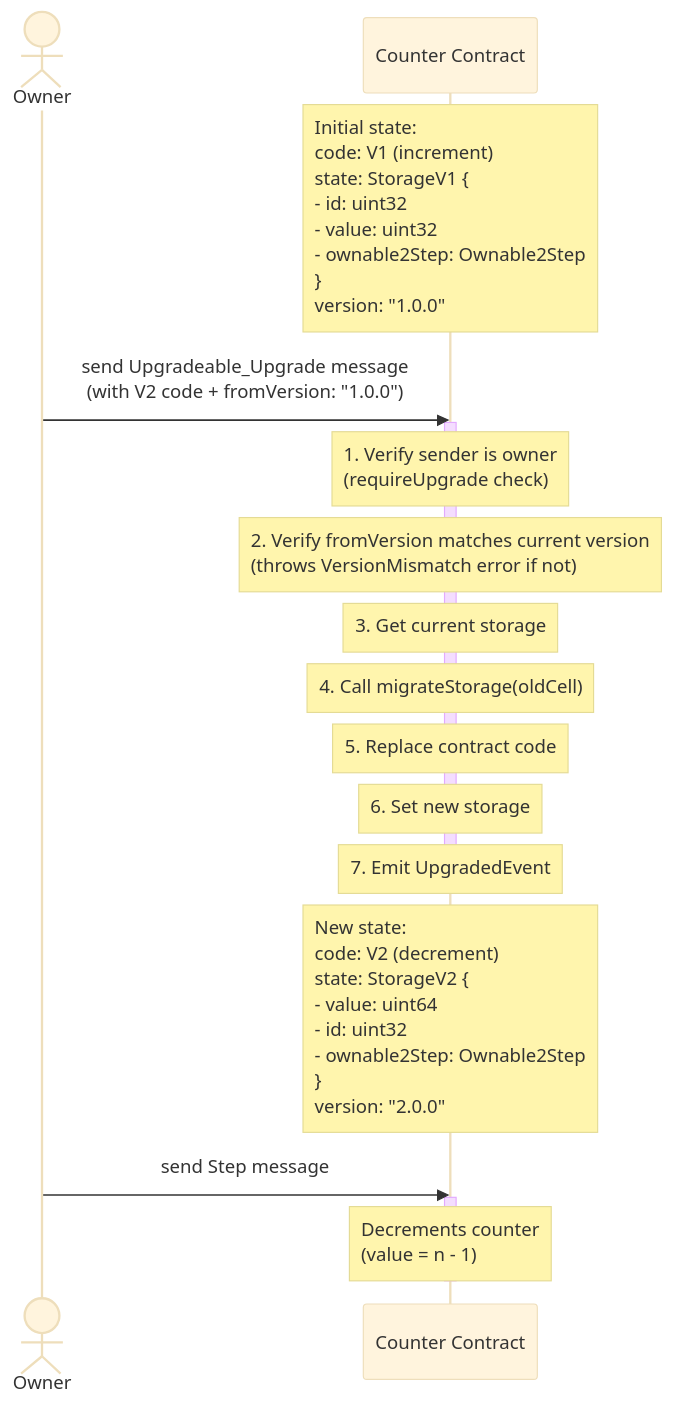
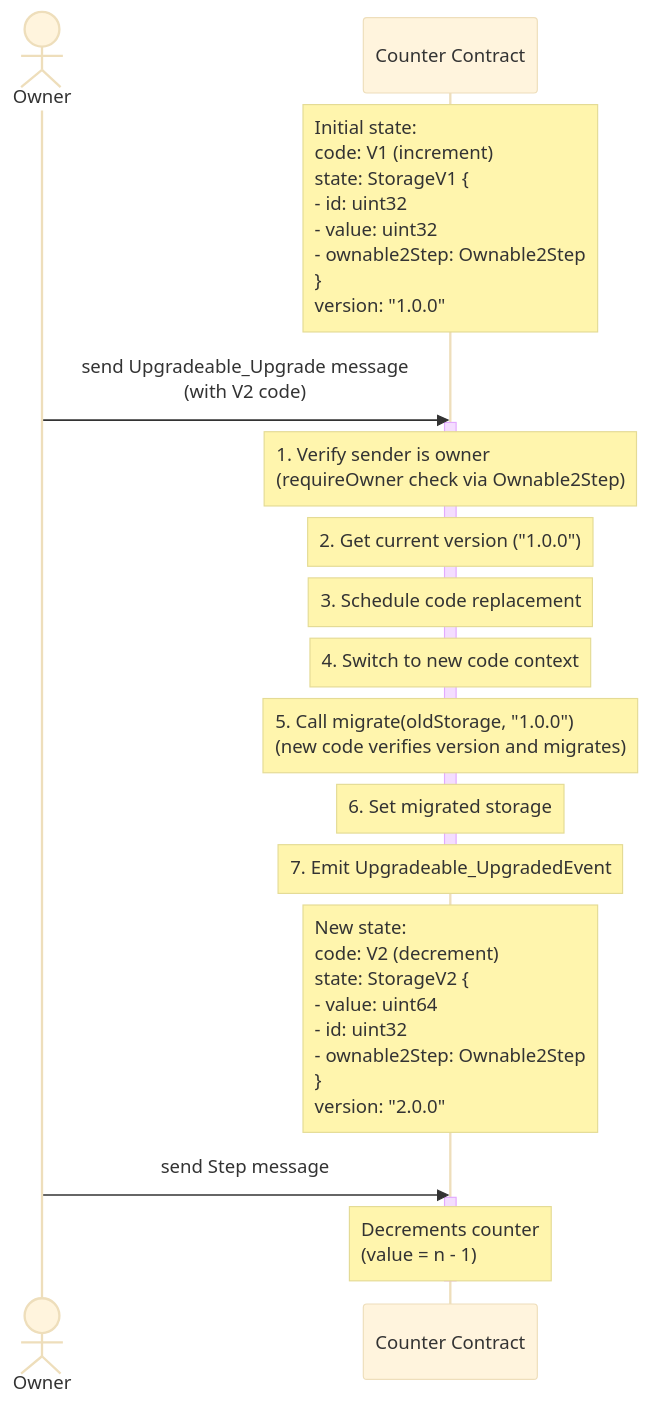
Before and after one commit to smartcontractkit/chainlink-ton: the diagram in docs/contracts/overview/libraries/upgradeable.md, drawn with Mermaid (base theme). The commit also changed other lines of this file, not shown here.

````diff
--- a/docs/contracts/overview/libraries/upgradeable.md
+++ b/docs/contracts/overview/libraries/upgradeable.md
@@ -193,30 +206,30 @@
 ```mermaid
 ---
 config:
   "sequence":
     "noteAlign": "left"
 ---
 sequenceDiagram
     actor Owner
     participant Counter as Counter Contract
     
     Note over Counter: Initial state:<br/>code: V1 (increment)<br/>state: StorageV1 {<br/>- id: uint32<br/>- value: uint32<br/>- ownable2Step: Ownable2Step<br/>}<br/>version: "1.0.0"
 
-    Owner->>Counter: send Upgradeable_Upgrade message<br/>(with V2 code + fromVersion: "1.0.0")
+    Owner->>Counter: send Upgradeable_Upgrade message<br/>(with V2 code)
     activate Counter
-    Note over Counter: 1. Verify sender is owner<br/>(requireUpgrade check)
-    Note over Counter: 2. Verify fromVersion matches current version<br/>(throws VersionMismatch error if not)
-    Note over Counter: 3. Get current storage
-    Note over Counter: 4. Call migrateStorage(oldCell)
-    Note over Counter: 5. Replace contract code
-    Note over Counter: 6. Set new storage
-    Note over Counter: 7. Emit UpgradedEvent
+    Note over Counter: 1. Verify sender is owner<br/>(requireOwner check via Ownable2Step)
+    Note over Counter: 2. Get current version ("1.0.0")
+    Note over Counter: 3. Schedule code replacement
+    Note over Counter: 4. Switch to new code context
+    Note over Counter: 5. Call migrate(oldStorage, "1.0.0")<br/>(new code verifies version and migrates)
+    Note over Counter: 6. Set migrated storage
+    Note over Counter: 7. Emit Upgradeable_UpgradedEvent
     deactivate Counter
 
     Note over Counter: New state:<br/>code: V2 (decrement)<br/>state: StorageV2 {<br/>- value: uint64<br/>- id: uint32<br/>- ownable2Step: Ownable2Step<br/>}<br/>version: "2.0.0"
 
     Owner->>Counter: send Step message
     activate Counter
     Note over Counter: Decrements counter<br/>(value = n - 1)
     deactivate Counter
 ```
````
